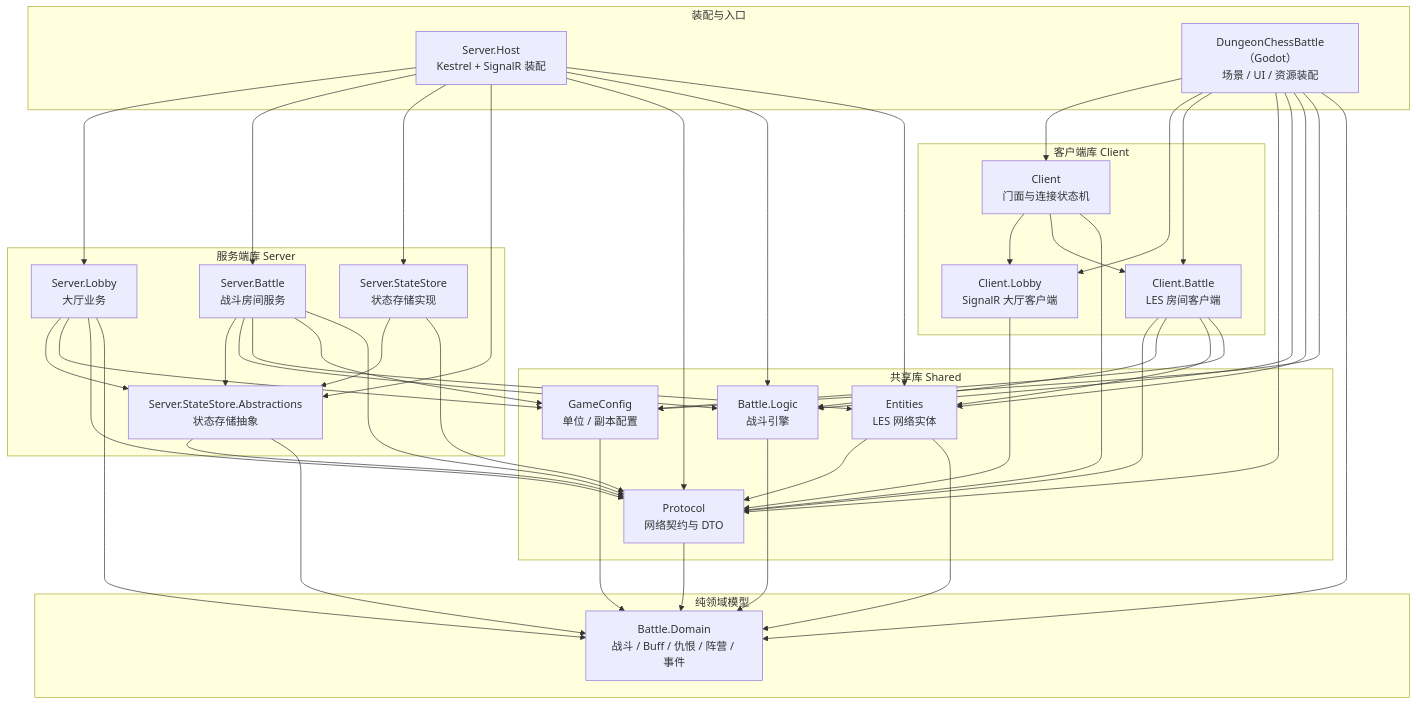
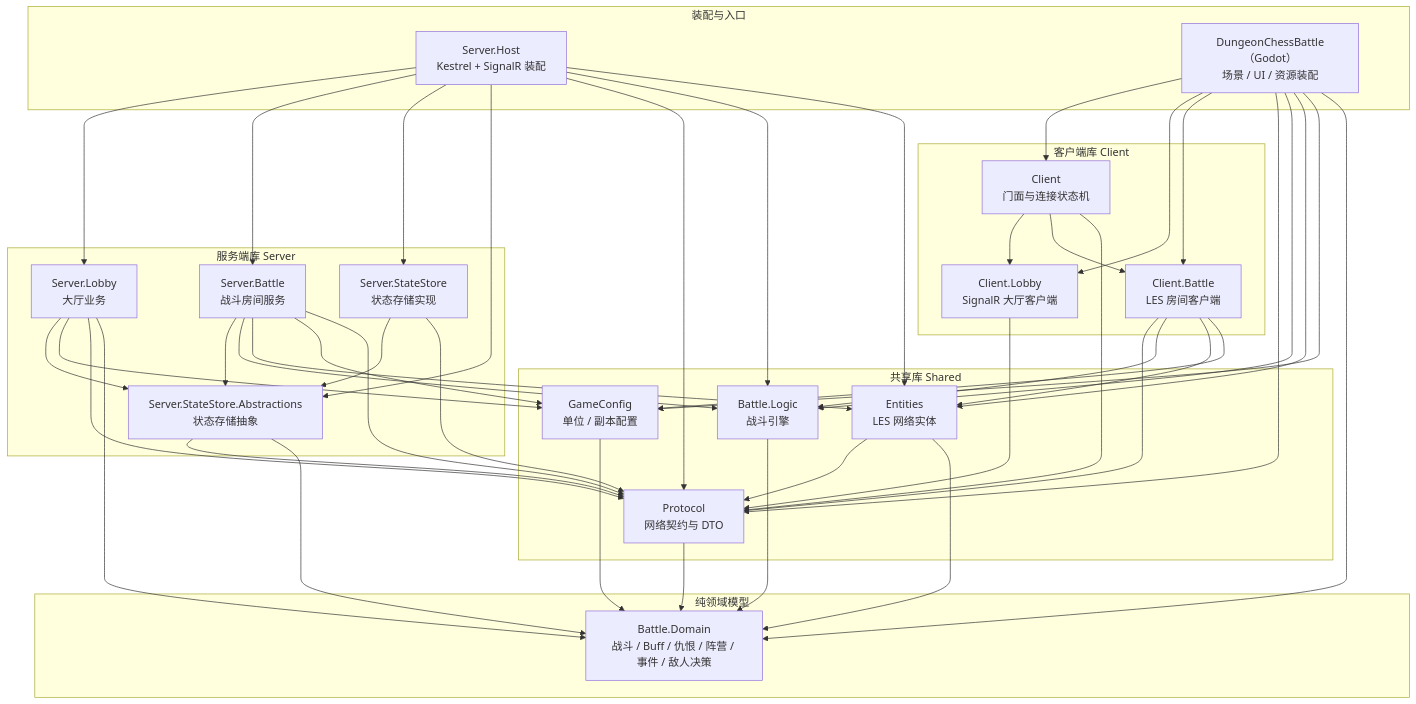
One commit to DrMelt/dungeon_chess_battle changed the diagram in docs/architecture.md. Above: the diagram before and after it, drawn with Mermaid. The commit also changed other lines of this file and 15 other files, not shown here.

````diff
--- a/docs/architecture.md
+++ b/docs/architecture.md
@@ -11,78 +11,78 @@
 ```mermaid
 graph TD
     subgraph AppLayer["装配与入口"]
         Host["Server.Host<br>Kestrel + SignalR 装配"]
         Godot["DungeonChessBattle（Godot）<br>场景 / UI / 资源装配"]
     end
 
     subgraph ClientLayer["客户端库 Client"]
         Client["Client<br>门面与连接状态机"]
         LobbyClient["Client.Lobby<br>SignalR 大厅客户端"]
         BattleClient["Client.Battle<br>LES 房间客户端"]
     end
 
     subgraph ServerLayer["服务端库 Server"]
         LobbySrv["Server.Lobby<br>大厅业务"]
         BattleSrv["Server.Battle<br>战斗房间服务"]
         Store["Server.StateStore<br>状态存储实现"]
         StoreAbst["Server.StateStore.Abstractions<br>状态存储抽象"]
     end
 
     subgraph SharedLayer["共享库 Shared"]
         Protocol["Protocol<br>网络契约与 DTO"]
         Logic["Battle.Logic<br>战斗引擎"]
         Entities["Entities<br>LES 网络实体"]
         GameConfig["GameConfig<br>单位 / 副本配置"]
     end
 
     subgraph DomainLayer["纯领域模型"]
-        Domain["Battle.Domain<br>战斗 / Buff / 仇恨 / 阵营 / 事件"]
+        Domain["Battle.Domain<br>战斗 / Buff / 仇恨 / 阵营 / 事件 / 敌人决策"]
     end
 
     Godot --> Client
     Godot --> LobbyClient
     Godot --> BattleClient
     Godot --> Protocol
     Godot --> Logic
     Godot --> Entities
     Godot --> GameConfig
     Godot --> Domain
 
     Client --> LobbyClient
     Client --> BattleClient
     Client --> Protocol
     LobbyClient --> Protocol
     BattleClient --> Protocol
     BattleClient --> Logic
     BattleClient --> Entities
     BattleClient --> GameConfig
 
     Host --> LobbySrv
     Host --> BattleSrv
     Host --> Store
     Host --> StoreAbst
     Host --> Protocol
     Host --> Logic
     Host --> Entities
 
     LobbySrv --> StoreAbst
     LobbySrv --> GameConfig
     LobbySrv --> Protocol
     LobbySrv --> Domain
     BattleSrv --> StoreAbst
     BattleSrv --> Logic
     BattleSrv --> Entities
     BattleSrv --> GameConfig
     BattleSrv --> Protocol
 
     Store --> StoreAbst
     Store --> Protocol
     StoreAbst --> Protocol
     StoreAbst --> Domain
 
     Protocol --> Domain
     Logic --> Domain
     Entities --> Protocol
     Entities --> Domain
     GameConfig --> Domain
 ```
````
